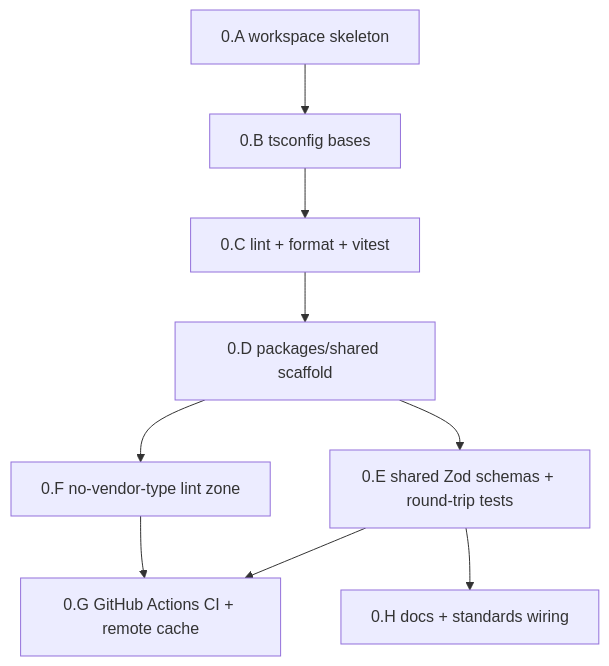
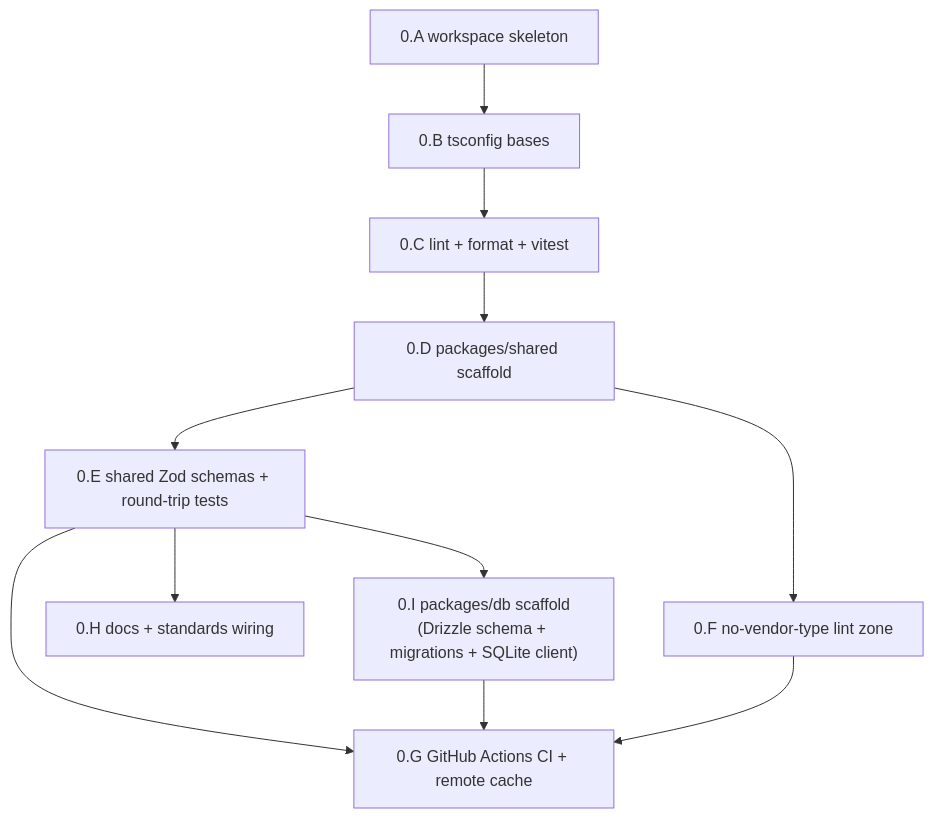
The diagram in docs/roadmap/phases/phase-0-foundations.md (HodeTech/Relavium), drawn with Mermaid before and after one commit. The commit also changed other lines of this file and 46 other files, not shown here.

````diff
--- a/docs/roadmap/phases/phase-0-foundations.md
+++ b/docs/roadmap/phases/phase-0-foundations.md
@@ -84,11 +100,13 @@
 ```mermaid
 flowchart TD
     A["0.A workspace skeleton"] --> B["0.B tsconfig bases"]
     B --> C["0.C lint + format + vitest"]
     C --> D["0.D packages/shared scaffold"]
     D --> E["0.E shared Zod schemas + round-trip tests"]
     D --> F["0.F no-vendor-type lint zone"]
     E --> G["0.G GitHub Actions CI + remote cache"]
     F --> G
     E --> H["0.H docs + standards wiring"]
+    E --> I["0.I packages/db scaffold<br/>(Drizzle schema + migrations + SQLite client)"]
+    I --> G
 ```
````
